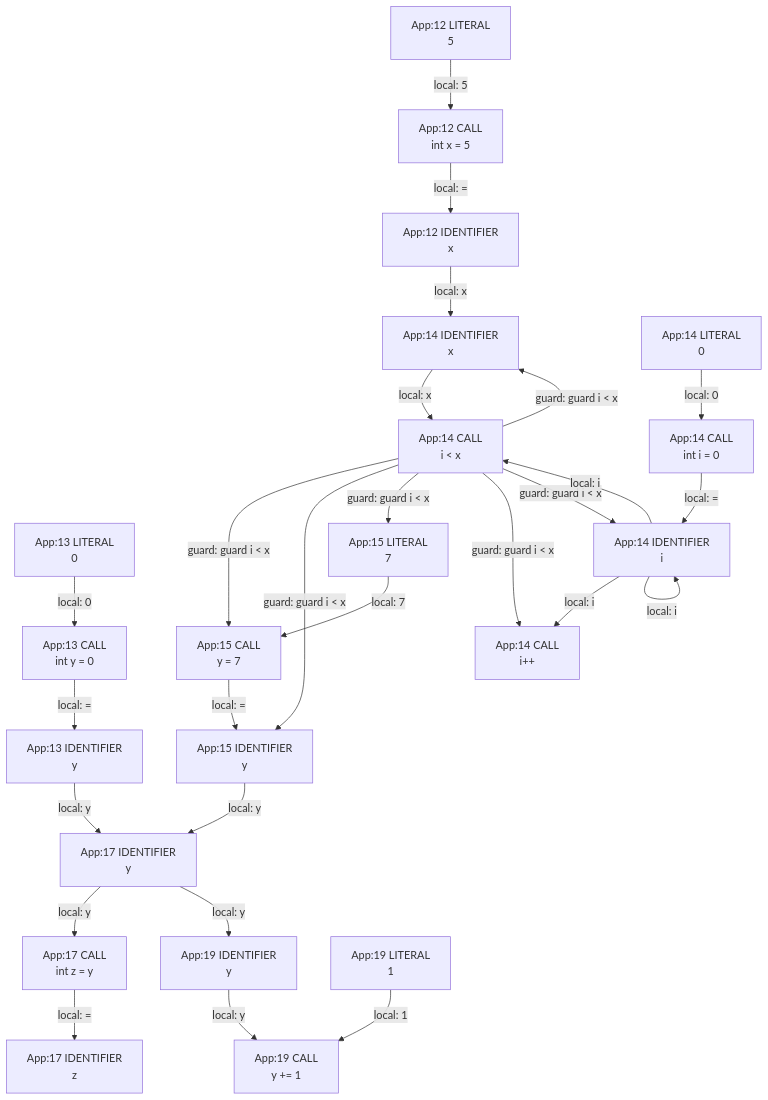
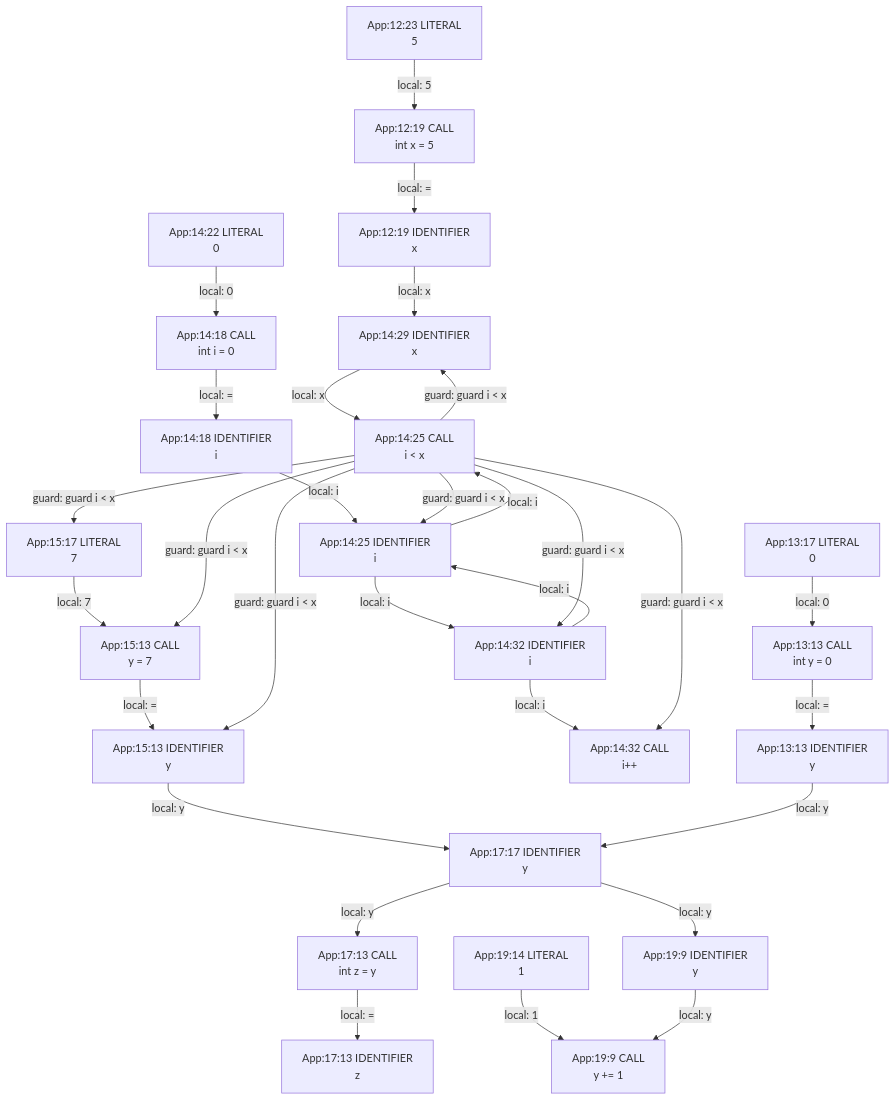
One commit to gstiebler/codeflow changed the diagram in app/src/test/resources/forLoop/spike-truth.md. Above: the diagram before and after it, drawn with Mermaid. The commit also changed 154 other files, not shown here.

````diff
--- a/app/src/test/resources/forLoop/spike-truth.md
+++ b/app/src/test/resources/forLoop/spike-truth.md
@@ -3,50 +3,55 @@
 ```mermaid
 flowchart TD
-  n0["App:12 CALL<br/>int x = 5"]
-  n1["App:12 IDENTIFIER<br/>x"]
-  n2["App:12 LITERAL<br/>5"]
-  n3["App:13 CALL<br/>int y = 0"]
-  n4["App:13 IDENTIFIER<br/>y"]
-  n5["App:13 LITERAL<br/>0"]
-  n6["App:14 CALL<br/>i #lt; x"]
-  n7["App:14 CALL<br/>i++"]
-  n8["App:14 CALL<br/>int i = 0"]
-  n9["App:14 IDENTIFIER<br/>i"]
-  n10["App:14 IDENTIFIER<br/>x"]
-  n11["App:14 LITERAL<br/>0"]
-  n12["App:15 CALL<br/>y = 7"]
-  n13["App:15 IDENTIFIER<br/>y"]
-  n14["App:15 LITERAL<br/>7"]
-  n15["App:17 CALL<br/>int z = y"]
-  n16["App:17 IDENTIFIER<br/>y"]
-  n17["App:17 IDENTIFIER<br/>z"]
-  n18["App:19 CALL<br/>y += 1"]
-  n19["App:19 IDENTIFIER<br/>y"]
-  n20["App:19 LITERAL<br/>1"]
+  n0["App:12:19 CALL<br/>int x = 5"]
+  n1["App:12:19 IDENTIFIER<br/>x"]
+  n2["App:12:23 LITERAL<br/>5"]
+  n3["App:13:13 CALL<br/>int y = 0"]
+  n4["App:13:13 IDENTIFIER<br/>y"]
+  n5["App:13:17 LITERAL<br/>0"]
+  n6["App:14:18 CALL<br/>int i = 0"]
+  n7["App:14:18 IDENTIFIER<br/>i"]
+  n8["App:14:22 LITERAL<br/>0"]
+  n9["App:14:25 CALL<br/>i #lt; x"]
+  n10["App:14:25 IDENTIFIER<br/>i"]
+  n11["App:14:29 IDENTIFIER<br/>x"]
+  n12["App:14:32 CALL<br/>i++"]
+  n13["App:14:32 IDENTIFIER<br/>i"]
+  n14["App:15:13 CALL<br/>y = 7"]
+  n15["App:15:13 IDENTIFIER<br/>y"]
+  n16["App:15:17 LITERAL<br/>7"]
+  n17["App:17:13 CALL<br/>int z = y"]
+  n18["App:17:13 IDENTIFIER<br/>z"]
+  n19["App:17:17 IDENTIFIER<br/>y"]
+  n20["App:19:14 LITERAL<br/>1"]
+  n21["App:19:9 CALL<br/>y += 1"]
+  n22["App:19:9 IDENTIFIER<br/>y"]
   n0 -->|"local: ="| n1
-  n1 -->|"local: x"| n10
-  n10 -->|"local: x"| n6
-  n11 -->|"local: 0"| n8
-  n12 -->|"local: ="| n13
-  n13 -->|"local: y"| n16
-  n14 -->|"local: 7"| n12
-  n15 -->|"local: ="| n17
-  n16 -->|"local: y"| n15
-  n16 -->|"local: y"| n19
-  n19 -->|"local: y"| n18
+  n1 -->|"local: x"| n11
+  n10 -->|"local: i"| n13
+  n10 -->|"local: i"| n9
+  n11 -->|"local: x"| n9
+  n13 -->|"local: i"| n10
+  n13 -->|"local: i"| n12
+  n14 -->|"local: ="| n15
+  n15 -->|"local: y"| n19
+  n16 -->|"local: 7"| n14
+  n17 -->|"local: ="| n18
+  n19 -->|"local: y"| n17
+  n19 -->|"local: y"| n22
   n2 -->|"local: 5"| n0
-  n20 -->|"local: 1"| n18
+  n20 -->|"local: 1"| n21
+  n22 -->|"local: y"| n21
   n3 -->|"local: ="| n4
-  n4 -->|"local: y"| n16
+  n4 -->|"local: y"| n19
   n5 -->|"local: 0"| n3
-  n6 -->|"guard: guard i #lt; x"| n10
-  n6 -->|"guard: guard i #lt; x"| n12
-  n6 -->|"guard: guard i #lt; x"| n13
-  n6 -->|"guard: guard i #lt; x"| n14
-  n6 -->|"guard: guard i #lt; x"| n7
-  n6 -->|"guard: guard i #lt; x"| n9
-  n8 -->|"local: ="| n9
-  n9 -->|"local: i"| n6
-  n9 -->|"local: i"| n7
-  n9 -->|"local: i"| n9
+  n6 -->|"local: ="| n7
+  n7 -->|"local: i"| n10
+  n8 -->|"local: 0"| n6
+  n9 -->|"guard: guard i #lt; x"| n10
+  n9 -->|"guard: guard i #lt; x"| n11
+  n9 -->|"guard: guard i #lt; x"| n12
+  n9 -->|"guard: guard i #lt; x"| n13
+  n9 -->|"guard: guard i #lt; x"| n14
+  n9 -->|"guard: guard i #lt; x"| n15
+  n9 -->|"guard: guard i #lt; x"| n16
 ```
````
